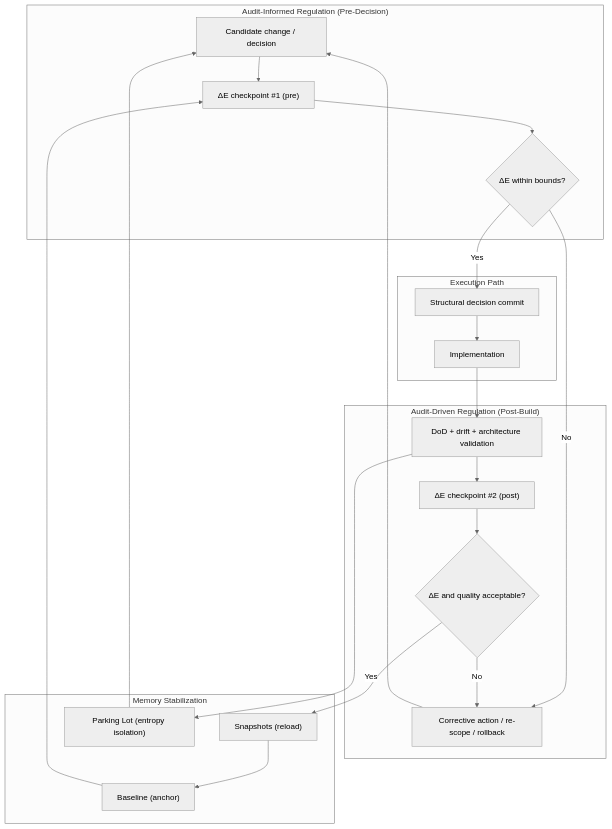
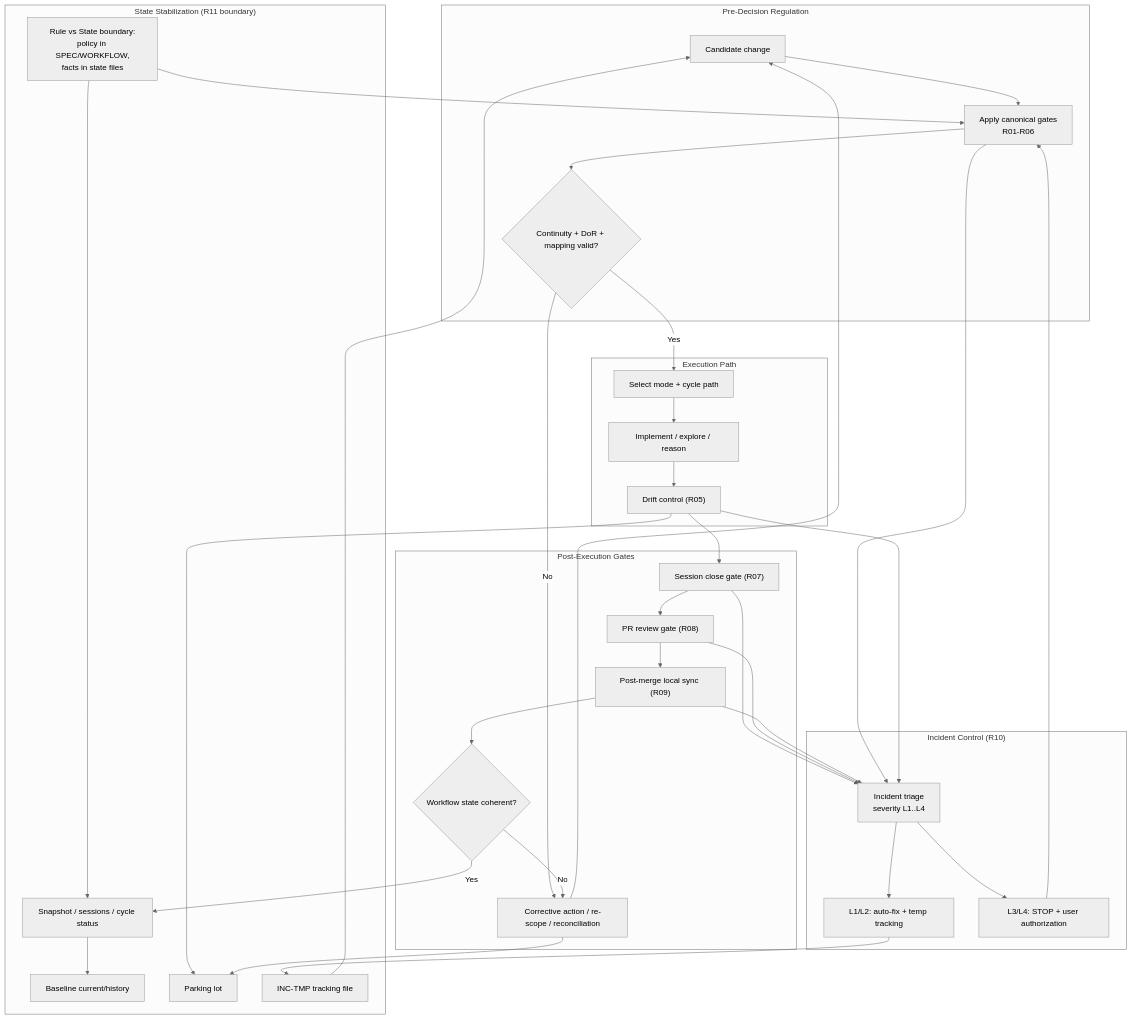
The diagram in docs/diagrams/04-entropy-regulation-control-loop.md (leuzeus/aidn), drawn with Mermaid (neutral theme) before and after one commit. The commit also changed 3 other files, not shown here.

Commit message:
docs(diagrams): align workflow diagrams with SPEC-R06..R10 gates

````diff
--- a/docs/diagrams/04-entropy-regulation-control-loop.md
+++ b/docs/diagrams/04-entropy-regulation-control-loop.md
@@ -1,38 +1,58 @@
 ```mermaid
-%% 4) Entropy Regulation Control Loop
+%% 4) Entropy Regulation Control Loop (v0.2.0)
 flowchart TD
-  subgraph AI["Audit-Informed Regulation (Pre-Decision)"]
-    IN["Candidate change / decision"]
-    Epre["ΔE checkpoint #1 (pre)"]
-    G1{"ΔE within bounds?"}
+  subgraph PRE["Pre-Decision Regulation"]
+    IN["Candidate change"]
+    RULES["Apply canonical gates\nR01-R06"]
+    G1{"Continuity + DoR + mapping valid?"}
   end
 
-  subgraph BUILD["Execution Path"]
-    COMMIT["Structural decision commit"]
-    IMP["Implementation"]
+  subgraph RUN["Execution Path"]
+    PLAN["Select mode + cycle path"]
+    IMP["Implement / explore / reason"]
+    DRIFT["Drift control (R05)"]
   end
 
-  subgraph AD["Audit-Driven Regulation (Post-Build)"]
-    VAL["DoD + drift + architecture validation"]
-    Epost["ΔE checkpoint #2 (post)"]
-    G2{"ΔE and quality acceptable?"}
-    FIX["Corrective action / re-scope / rollback"]
+  subgraph POST["Post-Execution Gates"]
+    CLOSE["Session close gate (R07)"]
+    PR["PR review gate (R08)"]
+    SYNC["Post-merge local sync (R09)"]
+    G2{"Workflow state coherent?"}
+    FIX["Corrective action / re-scope / reconciliation"]
   end
 
-  subgraph MEM["Memory Stabilization"]
-    BASE["Baseline (anchor)"]
-    SNAP["Snapshots (reload)"]
-    PARK["Parking Lot (entropy isolation)"]
+  subgraph INC["Incident Control (R10)"]
+    TRIAGE["Incident triage\nseverity L1..L4"]
+    L12["L1/L2: auto-fix + temp tracking"]
+    L34["L3/L4: STOP + user authorization"]
   end
 
-  IN --> Epre --> G1
-  G1 -->|Yes| COMMIT --> IMP --> VAL --> Epost --> G2
+  subgraph STATE["State Stabilization (R11 boundary)"]
+    SNAP["Snapshot / sessions / cycle status"]
+    BASE["Baseline current/history"]
+    PARK["Parking lot"]
+    TMP["INC-TMP tracking file"]
+    BOUND["Rule vs State boundary:\npolicy in SPEC/WORKFLOW,\nfacts in state files"]
+  end
+
+  IN --> RULES --> G1
+  G1 -->|Yes| PLAN --> IMP --> DRIFT --> CLOSE --> PR --> SYNC --> G2
   G1 -->|No| FIX
   G2 -->|No| FIX --> IN
-  G2 -->|Yes| SNAP
+  G2 -->|Yes| SNAP --> BASE
 
-  BASE --> Epre
-  VAL --> PARK
-  PARK --> IN
-  SNAP --> BASE
+  DRIFT --> PARK
+  FIX --> PARK
+  RULES --> TRIAGE
+  DRIFT --> TRIAGE
+  CLOSE --> TRIAGE
+  PR --> TRIAGE
+  SYNC --> TRIAGE
+
+  TRIAGE --> L12 --> TMP --> IN
+  TRIAGE --> L34
+  L34 --> RULES
+
+  BOUND --> RULES
+  BOUND --> SNAP
 ```
````
